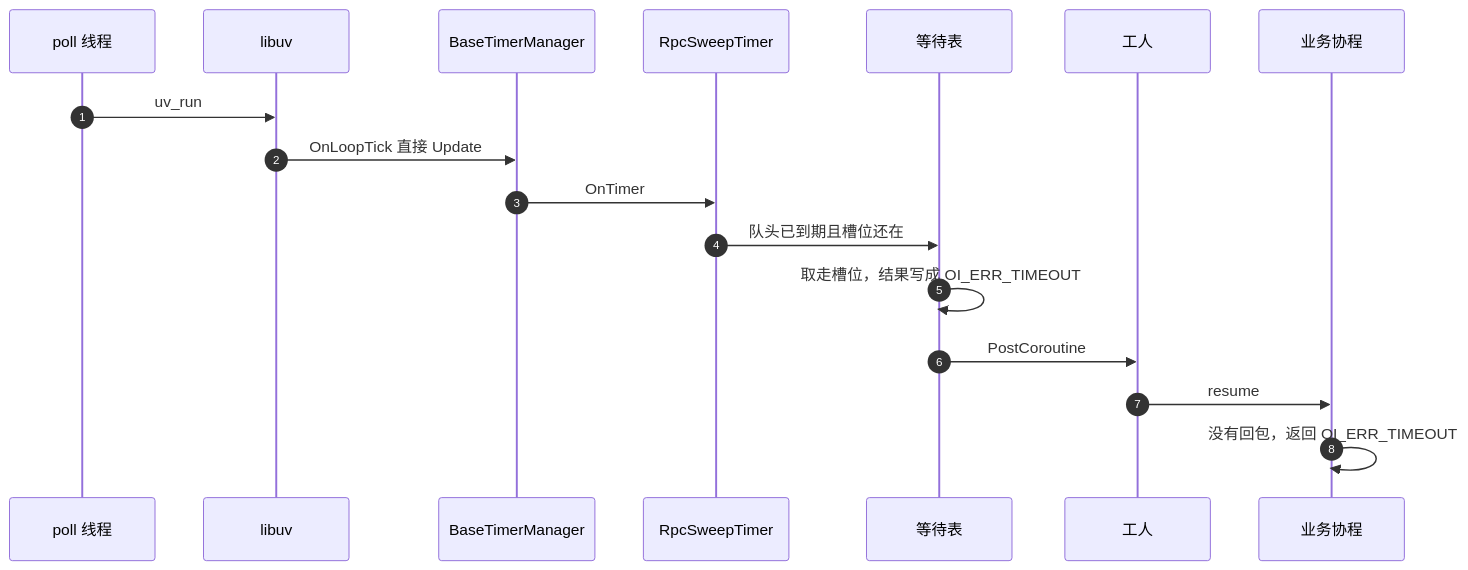
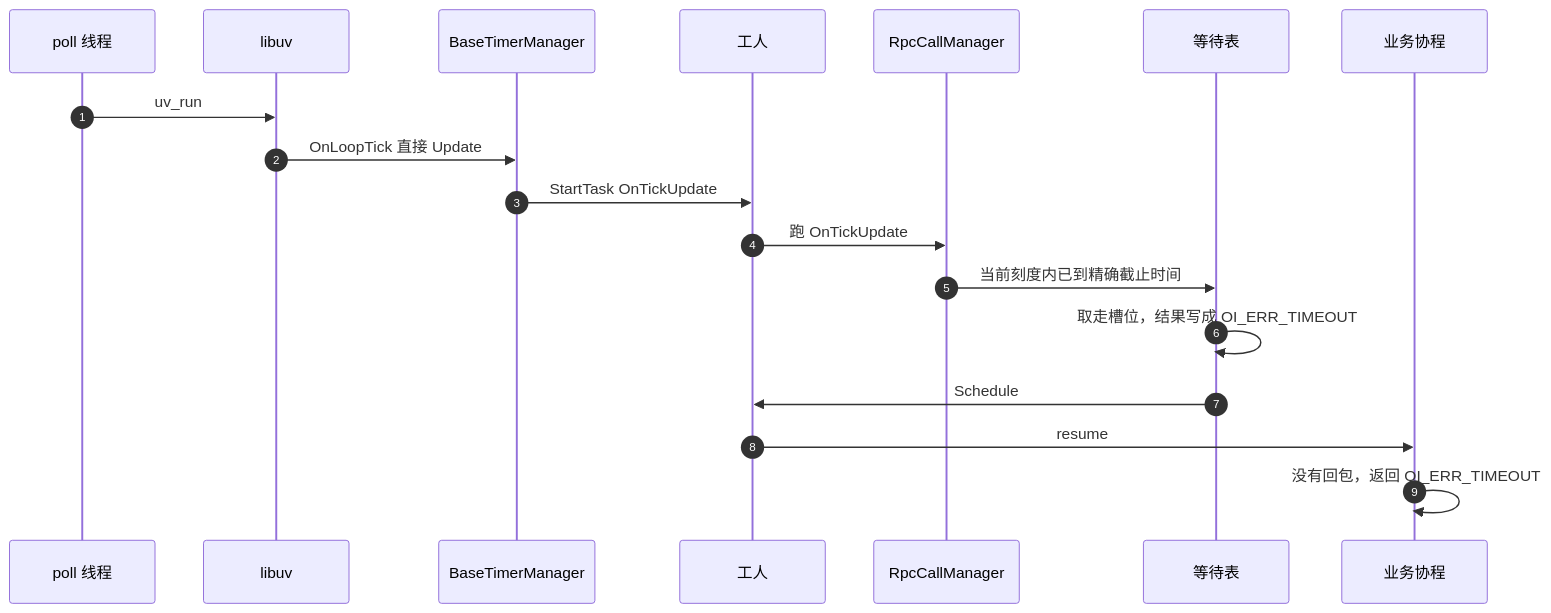
The diagram in docs/sequence-diagram/multi-thread/timeout.md (orikiaru/openidea), drawn with Mermaid before and after one commit. The commit also changed other lines of this file and 46 other files, not shown here.

Commit message:
RPC 等待表收进 RpcCallManager 单例按 tick 扫超时，处理表并入 ProtoSessionManager，Windows 拷贝 MySQL 运行库

````diff
--- a/docs/sequence-diagram/multi-thread/timeout.md
+++ b/docs/sequence-diagram/multi-thread/timeout.md
@@ -7,20 +7,21 @@
 ```mermaid
 sequenceDiagram
     autonumber
     participant Poll as poll 线程
     participant Uv as libuv
     participant Timer as BaseTimerManager
-    participant Sweep as RpcSweepTimer
+    participant Worker as 工人
+    participant Mgr as RpcCallManager
     participant Wait as 等待表
-    participant Worker as 工人
     participant Biz as 业务协程
 
     Poll->>Uv: uv_run
     Uv->>Timer: OnLoopTick 直接 Update
-    Timer->>Sweep: OnTimer
-    Sweep->>Wait: 队头已到期且槽位还在
+    Timer->>Worker: StartTask OnTickUpdate
+    Worker->>Mgr: 跑 OnTickUpdate
+    Mgr->>Wait: 当前刻度内已到精确截止时间
     Wait->>Wait: 取走槽位，结果写成 OI_ERR_TIMEOUT
-    Wait->>Worker: PostCoroutine
+    Wait->>Worker: Schedule
     Worker->>Biz: resume
     Biz->>Biz: 没有回包，返回 OI_ERR_TIMEOUT
 ```
````
